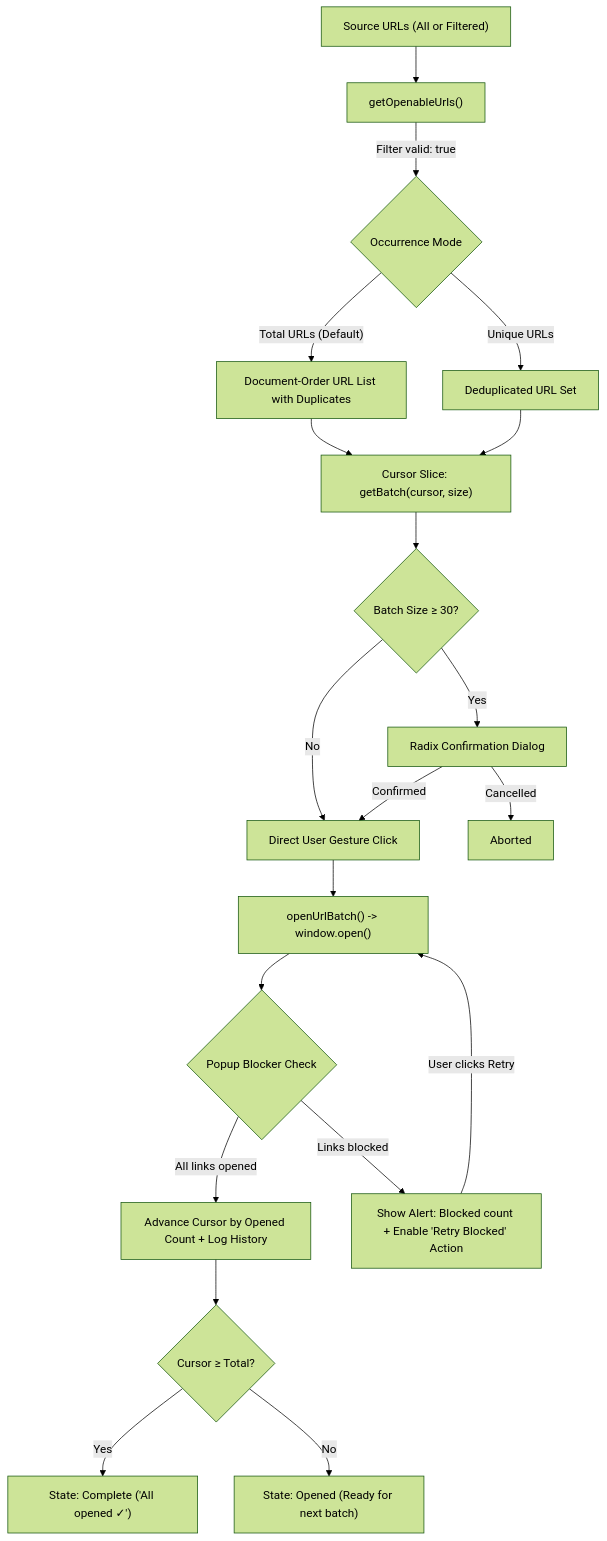
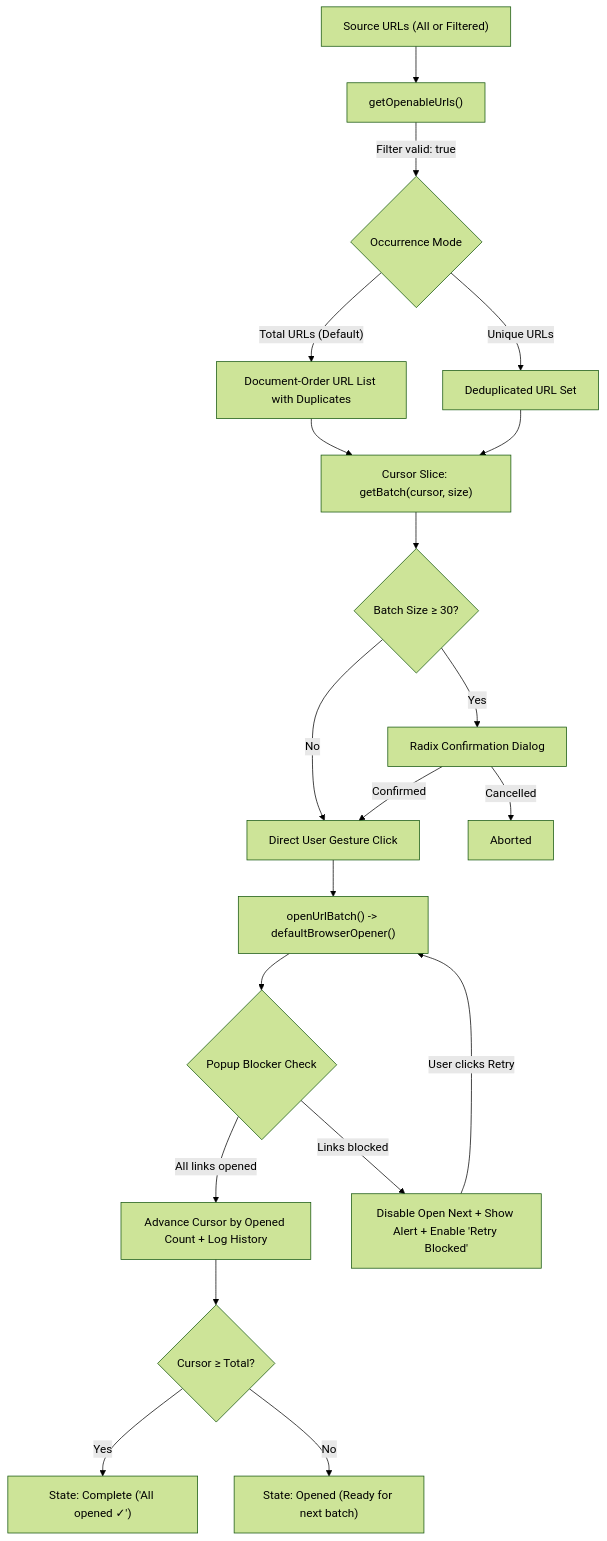
The first of 2 diagrams in README.md (kainapat/url-link-counter), drawn with Mermaid (forest theme) before and after one commit. The commit also changed other lines of this file, not shown here.

Commit message:
docs: document hardened popup detection, recovery flow, and 54 tests

````diff
--- a/README.md
+++ b/README.md
@@ -138,22 +145,22 @@
 ```mermaid
 flowchart TD
     A["Source URLs (All or Filtered)"] --> B["getOpenableUrls()"]
     B -->|"Filter valid: true"| C{"Occurrence Mode"}
     C -->|"Total URLs (Default)"| D["Document-Order URL List with Duplicates"]
     C -->|"Unique URLs"| E["Deduplicated URL Set"]
     D --> F["Cursor Slice: getBatch(cursor, size)"]
     E --> F
     F --> G{"Batch Size ≥ 30?"}
     G -->|"Yes"| H["Radix Confirmation Dialog"]
     G -->|"No"| I["Direct User Gesture Click"]
     H -->|"Confirmed"| I
     H -->|"Cancelled"| J["Aborted"]
-    I --> K["openUrlBatch() -> window.open()"]
+    I --> K["openUrlBatch() -> defaultBrowserOpener()"]
     K --> L{"Popup Blocker Check"}
     L -->|"All links opened"| M["Advance Cursor by Opened Count + Log History"]
-    L -->|"Links blocked"| N["Show Alert: Blocked count + Enable 'Retry Blocked' Action"]
+    L -->|"Links blocked"| N["Disable Open Next + Show Alert + Enable 'Retry Blocked'"]
     N -->|"User clicks Retry"| K
     M --> O{"Cursor ≥ Total?"}
     O -->|"Yes"| P["State: Complete ('All opened ✓')"]
     O -->|"No"| Q["State: Opened (Ready for next batch)"]
 ```
````
